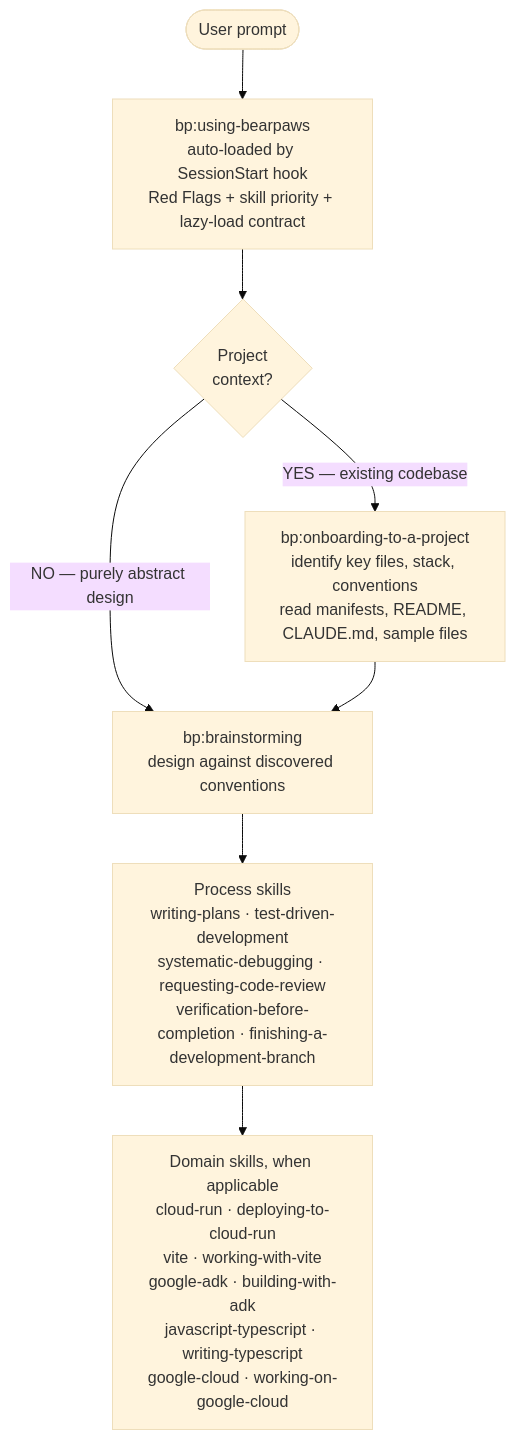
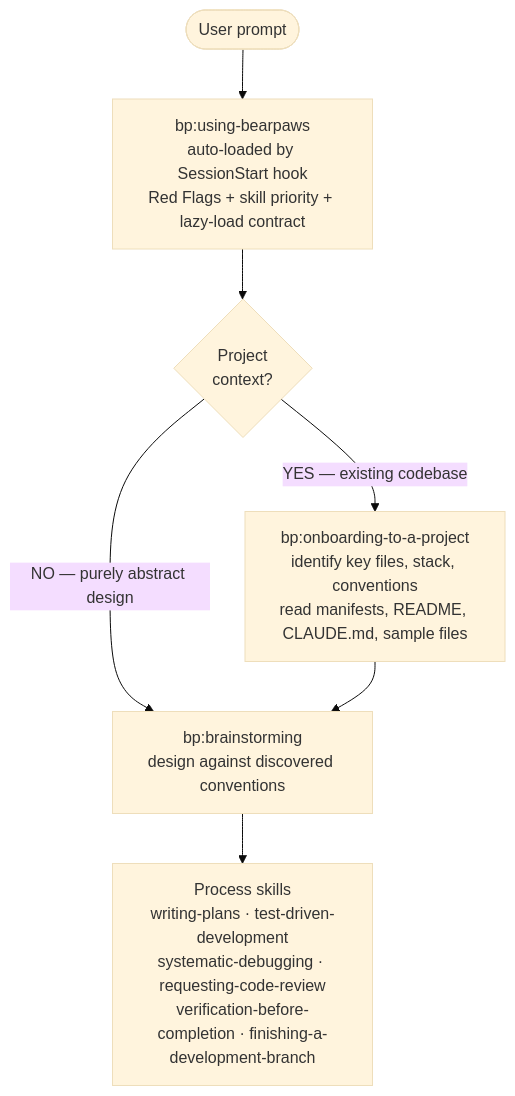
One commit to brandonfla/bearpaws changed the diagram in README.md. Above: the diagram before and after it, drawn with Mermaid (base theme). The commit also changed other lines of this file and 77 other files, not shown here.

````diff
--- a/README.md
+++ b/README.md
@@ -11,10 +11,9 @@
 ```mermaid
 flowchart TD
     Start([User prompt]) --> Bootstrap[bp:using-bearpaws<br/>auto-loaded by SessionStart hook<br/>Red Flags + skill priority + lazy-load contract]
     Bootstrap --> Check{Project<br/>context?}
     Check -->|YES &mdash; existing codebase| Onboard[bp:onboarding-to-a-project<br/>identify key files, stack, conventions<br/>read manifests, README, CLAUDE.md, sample files]
     Check -->|NO &mdash; purely abstract design| Brainstorm
     Onboard --> Brainstorm[bp:brainstorming<br/>design against discovered conventions]
     Brainstorm --> Process[Process skills<br/>writing-plans &middot; test-driven-development<br/>systematic-debugging &middot; requesting-code-review<br/>verification-before-completion &middot; finishing-a-development-branch]
-    Process --> Domain[Domain skills, when applicable<br/>cloud-run &middot; deploying-to-cloud-run<br/>vite &middot; working-with-vite<br/>google-adk &middot; building-with-adk<br/>javascript-typescript &middot; writing-typescript<br/>google-cloud &middot; working-on-google-cloud]
 ```
````
